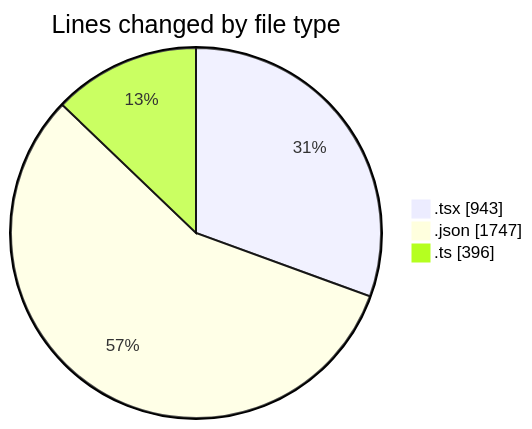
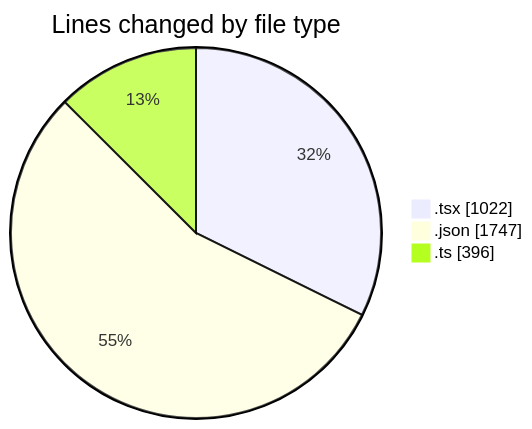
The first of 2 diagrams in 2025-10-30/eventscop-frontend-guide__workspace_/README.md (julien-gomy/code-tracking), drawn with Mermaid before and after one commit. The commit also changed other lines of this file and 1 other file, not shown here.

````diff
--- a/2025-10-30/eventscop-frontend-guide__workspace_/README.md
+++ b/2025-10-30/eventscop-frontend-guide__workspace_/README.md
@@ -30,7 +30,7 @@
 ```mermaid
 pie showData
 title Lines changed by file type
-".tsx" : 943
+".tsx" : 1022
 ".json" : 1747
 ".ts" : 396
 ```
````
